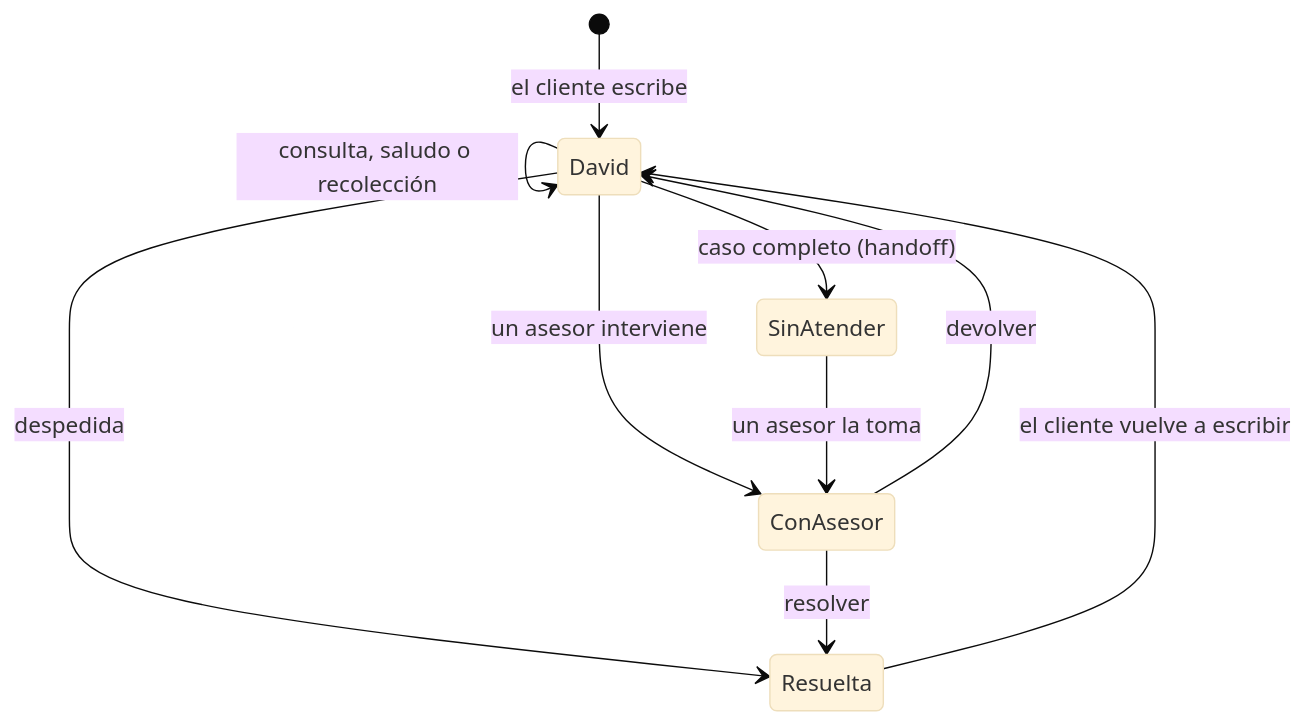
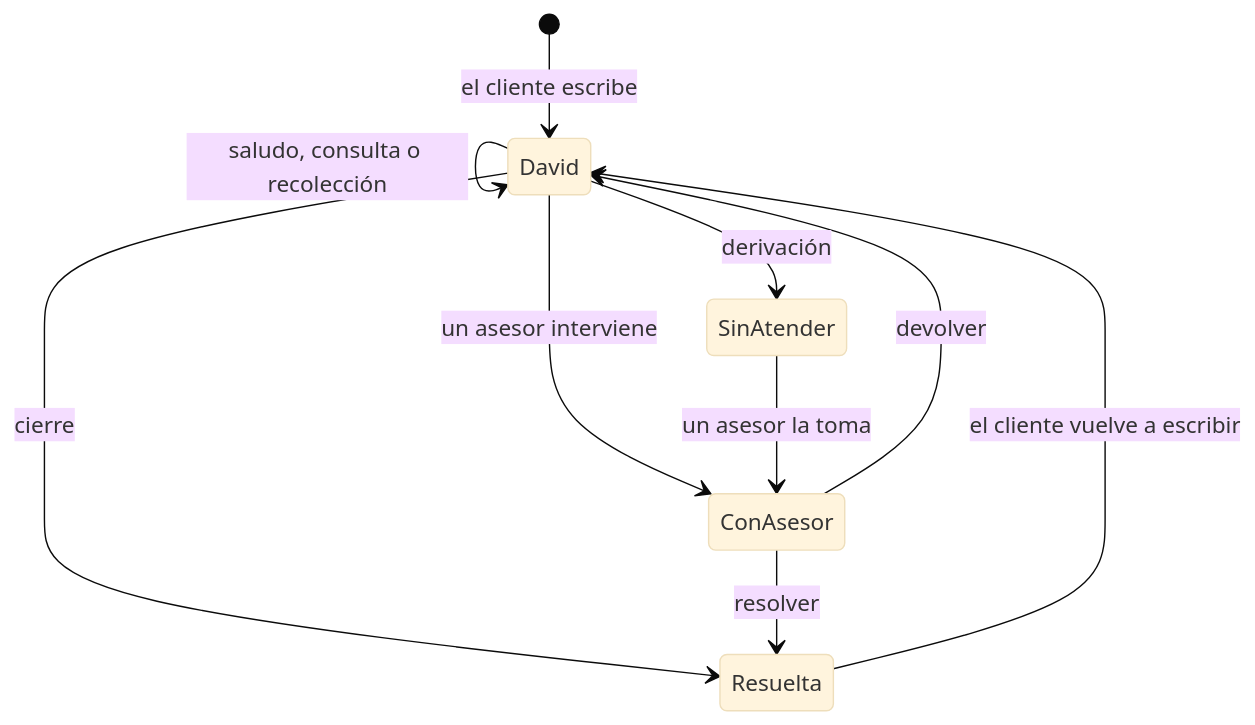
The second of 2 diagrams in docs/flujo-atencion.md (pqbas/factored-hackathon-2026-zenit), drawn with Mermaid (base theme) before and after one commit. The commit also changed other lines of this file, not shown here.

Commit message:
Organize the attention flow by conversation stage: greeting, options, each option's steps, handoff, close

````diff
--- a/docs/flujo-atencion.md
+++ b/docs/flujo-atencion.md
@@ -229,12 +243,12 @@
 ```mermaid
 stateDiagram-v2
     [*] --> David: el cliente escribe
-    David --> David: consulta, saludo o recolección
-    David --> Resuelta: despedida
-    David --> SinAtender: caso completo (handoff)
+    David --> David: saludo, consulta o recolección
+    David --> Resuelta: cierre
+    David --> SinAtender: derivación
     David --> ConAsesor: un asesor interviene
     SinAtender --> ConAsesor: un asesor la toma
     ConAsesor --> David: devolver
     ConAsesor --> Resuelta: resolver
     Resuelta --> David: el cliente vuelve a escribir
 ```
````
